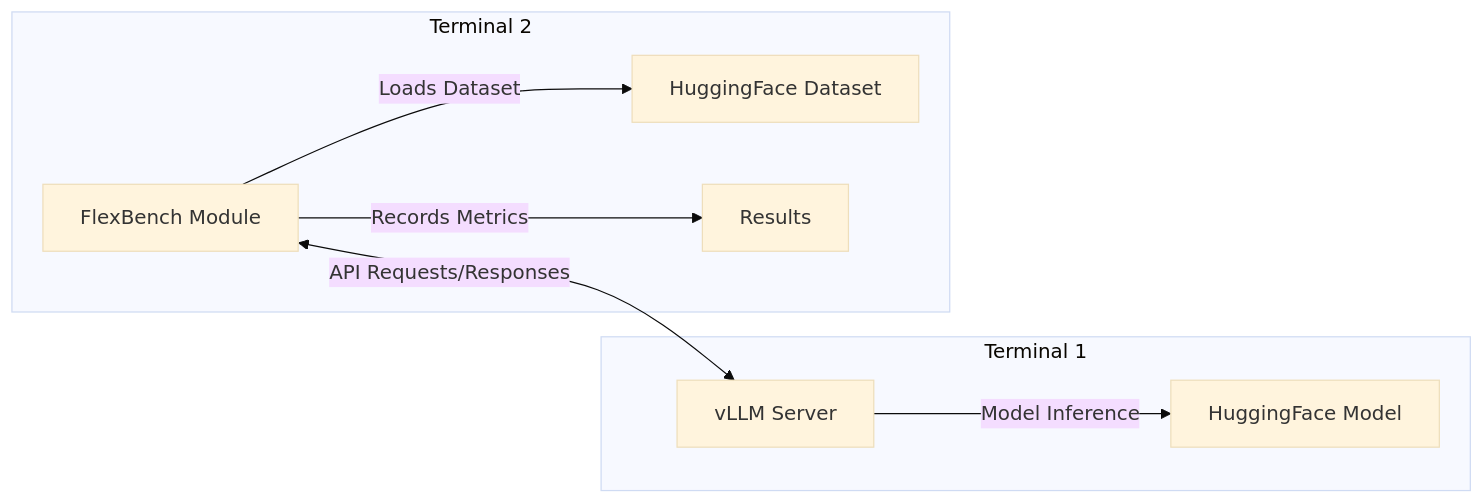
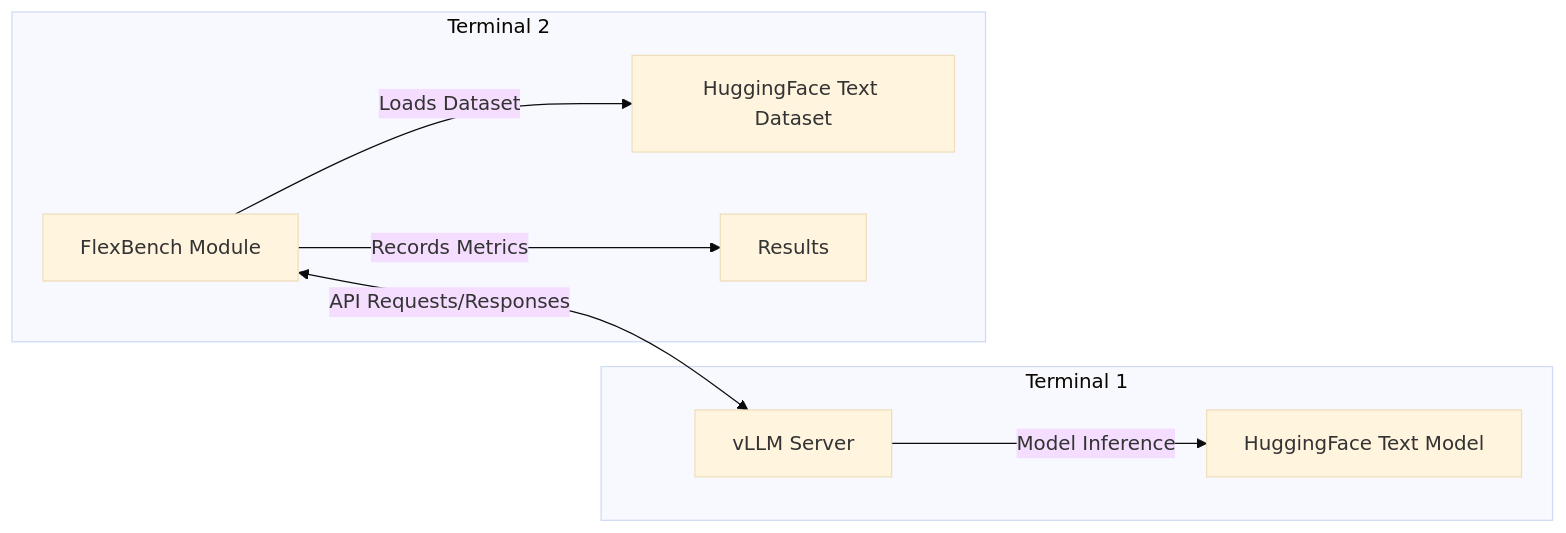
Before and after one commit to flexaihq/flexbench: the diagram in src/flexbench/README.md, drawn with Mermaid (base theme). The commit also changed other lines of this file and 41 other files, not shown here.

````diff
--- a/src/flexbench/README.md
+++ b/src/flexbench/README.md
@@ -21,11 +26,11 @@
 ```mermaid
 flowchart LR
     subgraph Terminal 1
-    B[vLLM Server] -->|Model Inference| C[HuggingFace Model]
+    B[vLLM Server] -->|Model Inference| C[HuggingFace Text Model]
     end
     subgraph Terminal 2
     A[FlexBench Module] <-->|API Requests/Responses| B
-    A -->|Loads Dataset| D[HuggingFace Dataset]
+    A -->|Loads Dataset| D[HuggingFace Text Dataset]
     A -->|Records Metrics| E[Results]
     end
 ```
````
